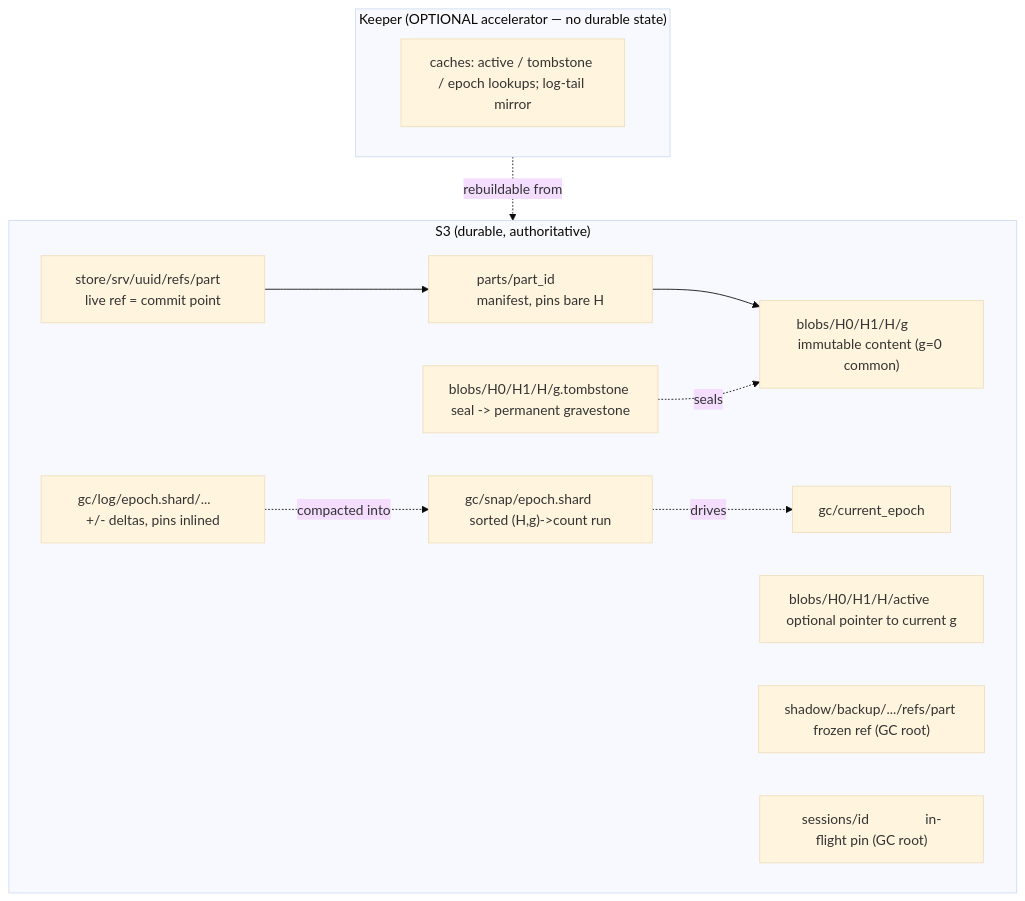
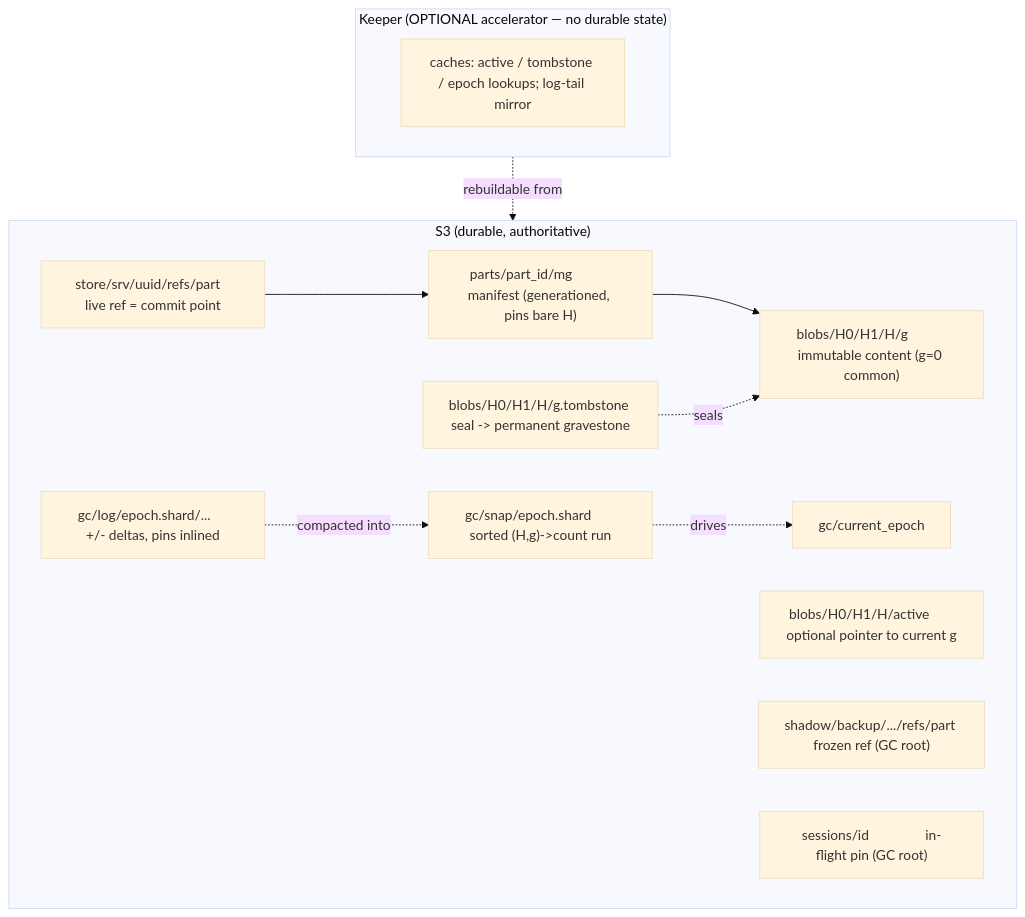
Before and after one commit to Altinity/ClickHouse: the diagram in docs/superpowers/specs/2026-06-04-ca-gc-convergence-design.md, drawn with Mermaid (base theme). The commit also changed other lines of this file, not shown here.

First line of the commit message:
CAS GC: design spec rev. 3 — round-2 review (generationed manifests, attachability invariants, ordering)

````diff
--- a/docs/superpowers/specs/2026-06-04-ca-gc-convergence-design.md
+++ b/docs/superpowers/specs/2026-06-04-ca-gc-convergence-design.md
@@ -72,23 +75,23 @@
 ```mermaid
 flowchart TB
   subgraph S3["S3 (durable, authoritative)"]
     BLOB["blobs/H0/H1/H/g           immutable content (g=0 common)"]
     TOMB["blobs/H0/H1/H/g.tombstone seal -> permanent gravestone"]
     ACT["blobs/H0/H1/H/active       optional pointer to current g"]
-    MAN["parts/part_id              manifest, pins bare H"]
+    MAN["parts/part_id/mg           manifest (generationed, pins bare H)"]
     REF["store/srv/uuid/refs/part   live ref = commit point"]
     SH["shadow/backup/.../refs/part frozen ref (GC root)"]
     SES["sessions/id                in-flight pin (GC root)"]
     LOG["gc/log/epoch.shard/...     +/- deltas, pins inlined"]
     SNAP["gc/snap/epoch.shard       sorted (H,g)->count run"]
     CUR["gc/current_epoch"]
   end
   subgraph KP["Keeper (OPTIONAL accelerator — no durable state)"]
     CACHE["caches: active / tombstone / epoch lookups; log-tail mirror"]
   end
   REF --> MAN --> BLOB
   TOMB -. seals .-> BLOB
   LOG -. compacted into .-> SNAP
   SNAP -. drives .-> CUR
   KP -. rebuildable from .-> S3
 ```
````
